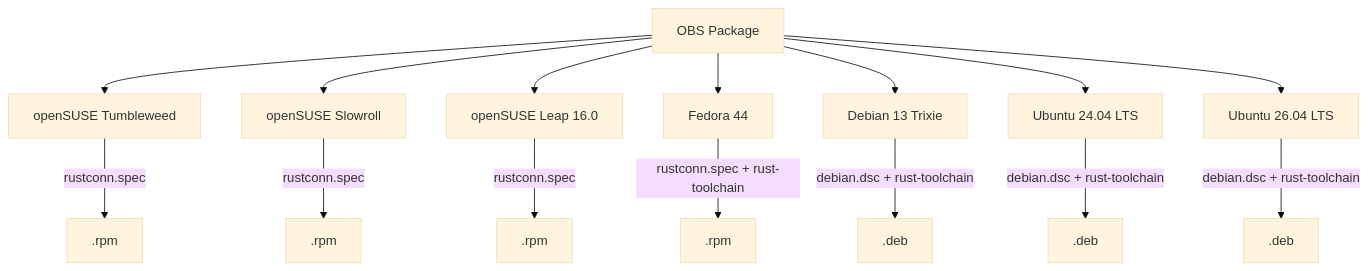
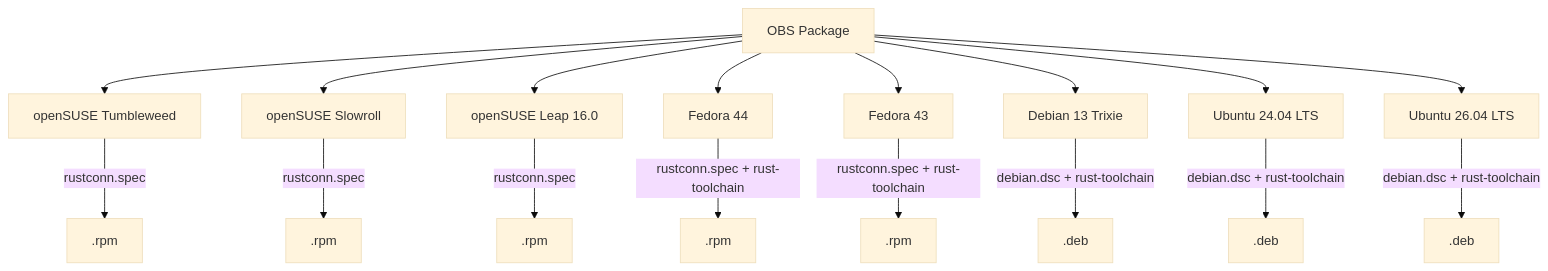
One commit to shanecaf/RustConn changed the fifth of 6 diagrams in docs/CI_BUILD_FLOW.md. Above: the diagram before and after it, drawn with Mermaid (base theme). The commit also changed other lines of this file and 3 other files, not shown here.

````diff
--- a/docs/CI_BUILD_FLOW.md
+++ b/docs/CI_BUILD_FLOW.md
@@ -108,18 +133,20 @@
 ```mermaid
 graph TD
     OBS[OBS Package] --> TW[openSUSE Tumbleweed]
     OBS --> SR[openSUSE Slowroll]
     OBS --> Leap[openSUSE Leap 16.0]
-    OBS --> Fed[Fedora 44]
+    OBS --> Fed44[Fedora 44]
+    OBS --> Fed43[Fedora 43]
     OBS --> Deb[Debian 13 Trixie]
     OBS --> U24[Ubuntu 24.04 LTS]
     OBS --> U26[Ubuntu 26.04 LTS]
 
     TW --> |rustconn.spec| RPM1[.rpm]
     SR --> |rustconn.spec| RPM2[.rpm]
     Leap --> |rustconn.spec| RPM3[.rpm]
-    Fed --> |rustconn.spec + rust-toolchain| RPM4[.rpm]
+    Fed44 --> |rustconn.spec + rust-toolchain| RPM4[.rpm]
+    Fed43 --> |rustconn.spec + rust-toolchain| RPM5[.rpm]
     Deb --> |debian.dsc + rust-toolchain| DEB1[.deb]
     U24 --> |debian.dsc + rust-toolchain| DEB2[.deb]
     U26 --> |debian.dsc + rust-toolchain| DEB3[.deb]
 ```
````
